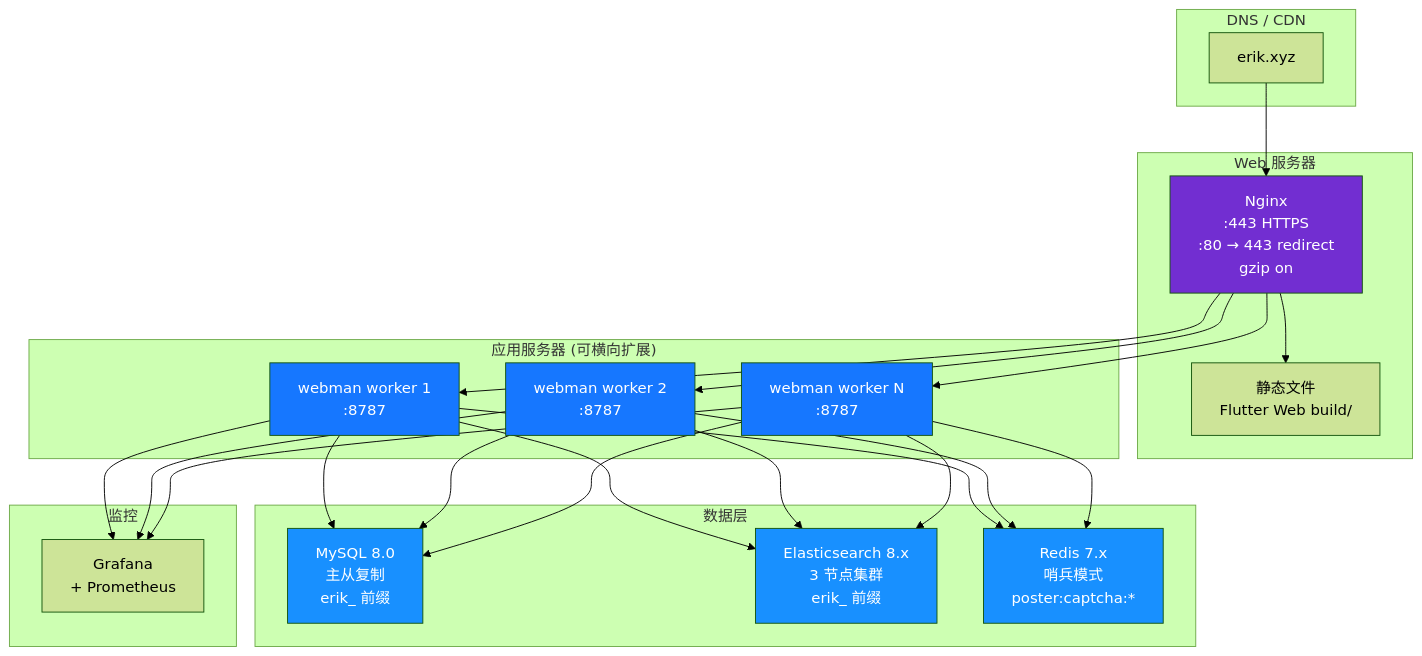
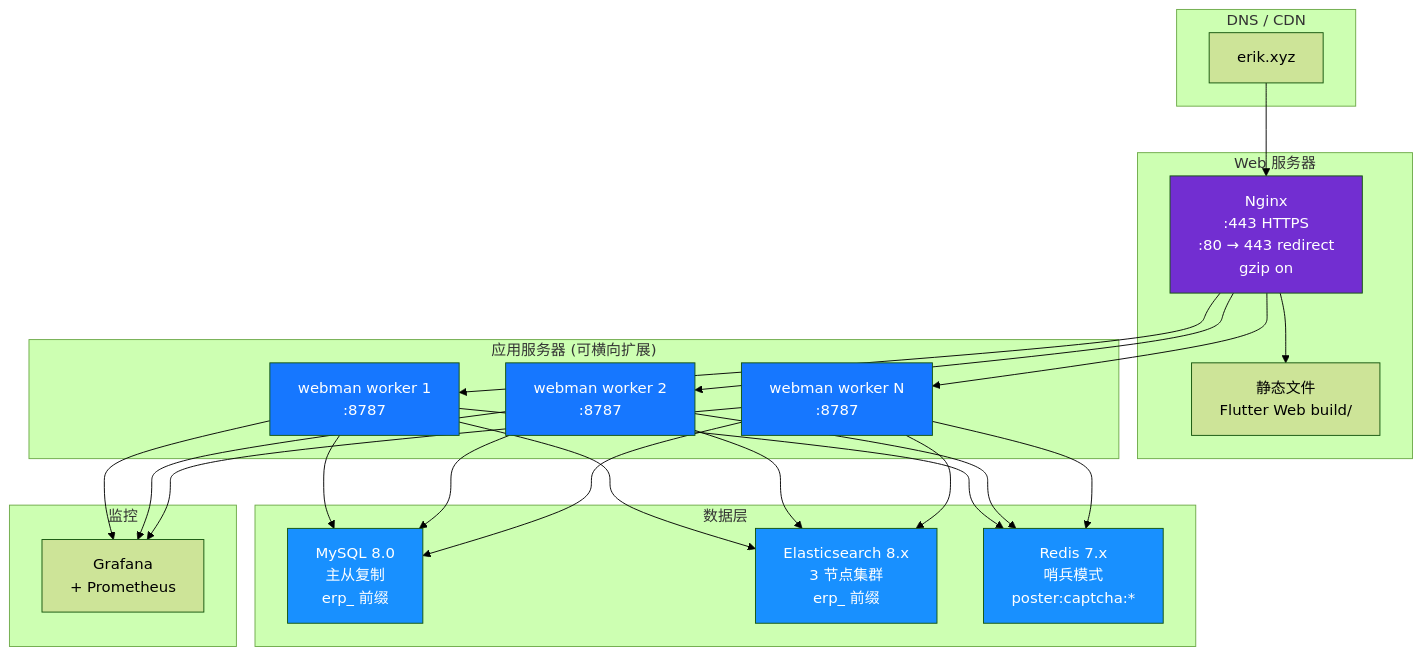
Diagram 14 of 20 in docs/ARCHITECTURE.md (erikwang2013/erp-php), drawn with Mermaid (forest theme) before and after one commit. The commit also changed other lines of this file and 449 other files, not shown here.

First line of the commit message:
全局命名统一：数据库 erp、表前缀 erp_、Redis 前缀 erp:（原 erik_/open_admin）

````diff
--- a/docs/ARCHITECTURE.md
+++ b/docs/ARCHITECTURE.md
@@ -661,43 +661,43 @@
 ```mermaid
 flowchart TB
     subgraph "DNS / CDN"
         DNS["erik.xyz"]
     end
 
     subgraph "Web 服务器"
         NGX["Nginx<br/>:443 HTTPS<br/>:80 → 443 redirect<br/>gzip on"]
         STA["静态文件<br/>Flutter Web build/"]
     end
 
     subgraph "应用服务器 (可横向扩展)"
         WM1["webman worker 1<br/>:8787"]
         WM2["webman worker 2<br/>:8787"]
         WM3["webman worker N<br/>:8787"]
     end
 
     subgraph "数据层"
-        MYSQL["MySQL 8.0<br/>主从复制<br/>erik_ 前缀"]
-        ES["Elasticsearch 8.x<br/>3 节点集群<br/>erik_ 前缀"]
+        MYSQL["MySQL 8.0<br/>主从复制<br/>erp_ 前缀"]
+        ES["Elasticsearch 8.x<br/>3 节点集群<br/>erp_ 前缀"]
         REDIS["Redis 7.x<br/>哨兵模式<br/>poster:captcha:*"]
     end
 
     subgraph "监控"
         MON["Grafana<br/>+ Prometheus"]
     end
 
     DNS --> NGX
     NGX --> STA
     NGX --> WM1 & WM2 & WM3
     WM1 & WM2 & WM3 --> MYSQL
     WM1 & WM2 & WM3 --> ES
     WM1 & WM2 & WM3 --> REDIS
     WM1 & WM2 & WM3 --> MON
 
     style NGX fill:#722ED1,color:#fff
     style WM1 fill:#1677FF,color:#fff
     style WM2 fill:#1677FF,color:#fff
     style WM3 fill:#1677FF,color:#fff
     style MYSQL fill:#1890FF,color:#fff
     style ES fill:#1890FF,color:#fff
     style REDIS fill:#1890FF,color:#fff
 ```
````
